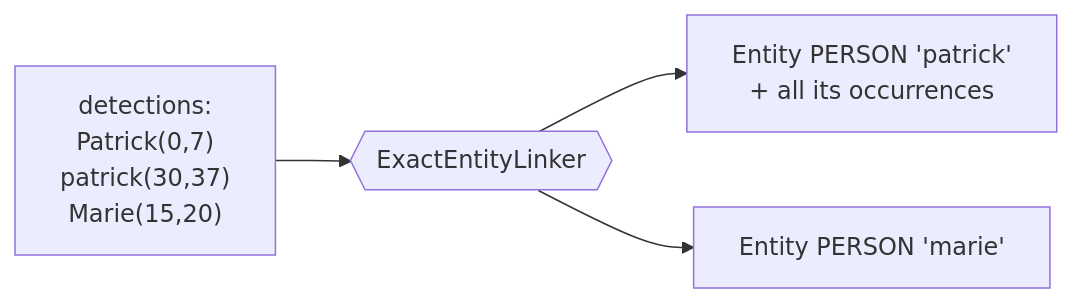
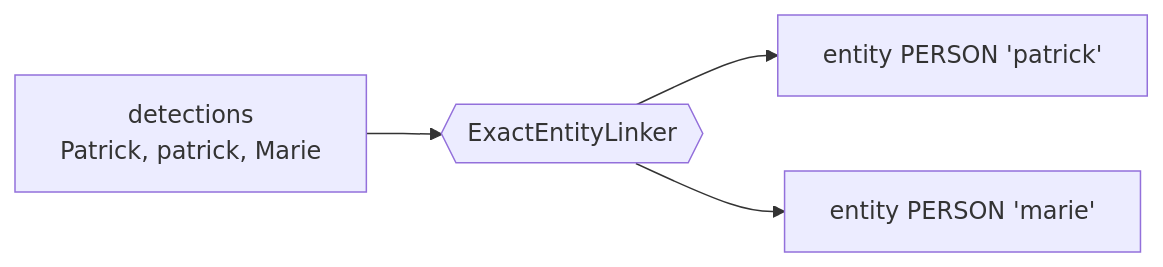
One commit to Athroniaeth/piighost changed the second of 4 diagrams in docs/en/conception.md. Above: the diagram before and after it, drawn with Mermaid. The commit also changed other lines of this file and 7 other files, not shown here.

First line of the commit message:
docs: smaller diagrams, one note per protection, an airier placeholder page

````diff
--- a/docs/en/conception.md
+++ b/docs/en/conception.md
@@ -107,6 +107,6 @@
 ```mermaid
 flowchart LR
-    D["detections:\nPatrick(0,7)\npatrick(30,37)\nMarie(15,20)"] --> L{{"ExactEntityLinker"}}
-    L --> E1["Entity PERSON 'patrick'\n+ all its occurrences"]
-    L --> E2["Entity PERSON 'marie'"]
+    D["detections\nPatrick, patrick, Marie"] --> L{{"ExactEntityLinker"}}
+    L --> E1["entity PERSON 'patrick'"]
+    L --> E2["entity PERSON 'marie'"]
 ```
````
